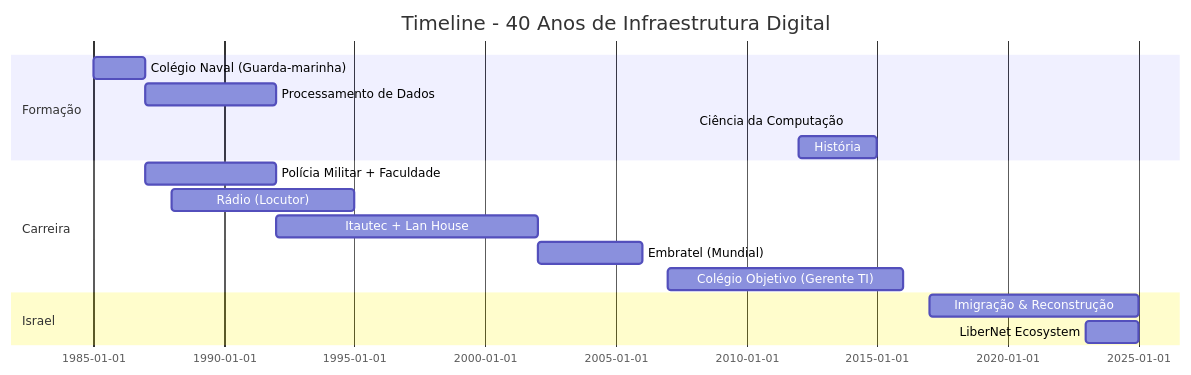
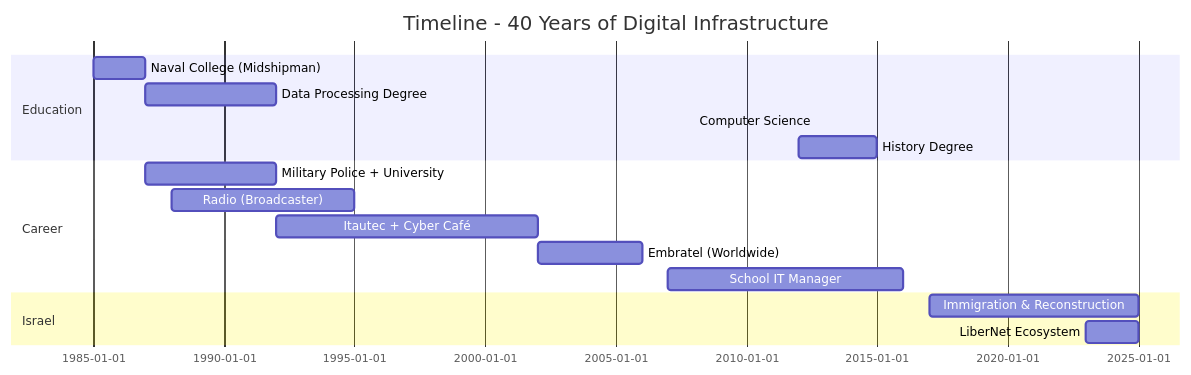
One commit to lucianocasalunga/lucianocasalunga changed the diagram in README.md. Above: the diagram before and after it, drawn with Mermaid. The commit also changed other lines of this file, not shown here.

First line of the commit message:
feat: Translate profile to English and add technical history

````diff
--- a/README.md
+++ b/README.md
@@ -83,19 +88,19 @@
 ```mermaid
 gantt
-    title Timeline - 40 Anos de Infraestrutura Digital
+    title Timeline - 40 Years of Digital Infrastructure
     dateFormat YYYY
-    section Formação
-    Colégio Naval (Guarda-marinha)     :1985, 1987
-    Processamento de Dados             :1987, 1992
-    Ciência da Computação              :2008, 2008
-    História                           :2012, 2015
-    section Carreira
-    Polícia Militar + Faculdade        :1987, 1992
-    Rádio (Locutor)                    :1988, 1995
-    Itautec + Lan House               :1992, 2002
-    Embratel (Mundial)                :2002, 2006
-    Colégio Objetivo (Gerente TI)     :2007, 2016
+    section Education
+    Naval College (Midshipman)        :1985, 1987
+    Data Processing Degree            :1987, 1992
+    Computer Science                  :2008, 2008
+    History Degree                    :2012, 2015
+    section Career
+    Military Police + University      :1987, 1992
+    Radio (Broadcaster)               :1988, 1995
+    Itautec + Cyber Café             :1992, 2002
+    Embratel (Worldwide)             :2002, 2006
+    School IT Manager                :2007, 2016
     section Israel
-    Imigração & Reconstrução          :2017, 2025
-    LiberNet Ecosystem                :2023, 2025
+    Immigration & Reconstruction     :2017, 2025
+    LiberNet Ecosystem               :2023, 2025
 ```
````
